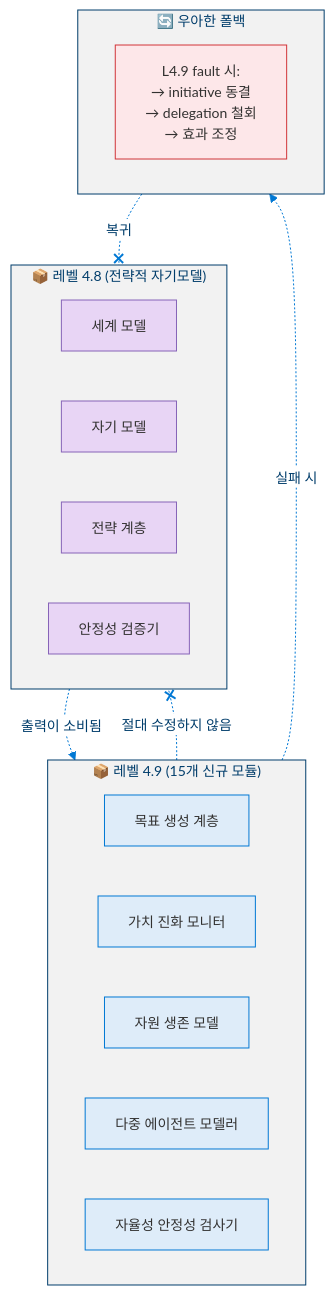
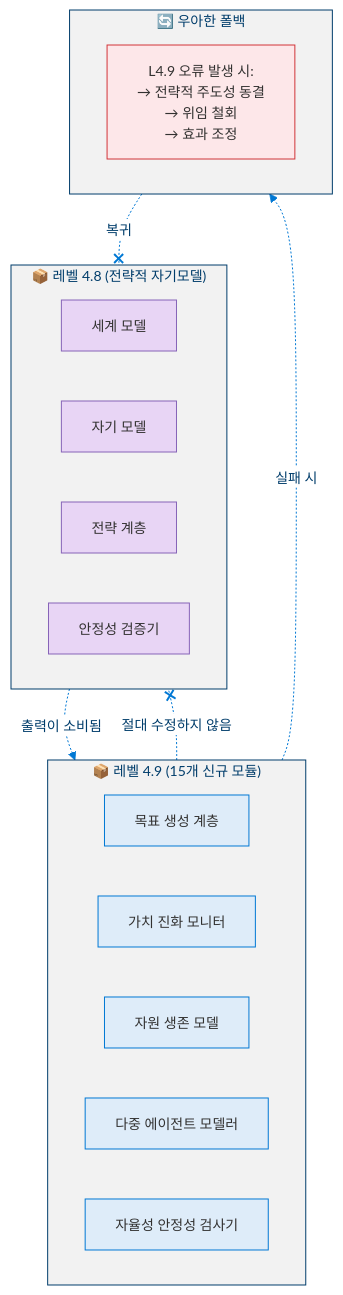
One commit to dotnetpower/mscp changed the second of 19 diagrams in docs/levels/Level_4_9_Autonomous_Strategic_Agent.ko.md. Above: the diagram before and after it, drawn with Mermaid. The commit also changed other lines of this file and 33 other files, not shown here.

````diff
--- a/docs/levels/Level_4_9_Autonomous_Strategic_Agent.ko.md
+++ b/docs/levels/Level_4_9_Autonomous_Strategic_Agent.ko.md
@@ -115,31 +119,31 @@
 ```mermaid
 %%{init: {'theme': 'base', 'themeVariables': {'primaryColor': '#0078D4', 'primaryTextColor': '#003D6B', 'primaryBorderColor': '#003D6B', 'secondaryColor': '#50E6FF', 'secondaryTextColor': '#323130', 'secondaryBorderColor': '#00BCF2', 'tertiaryColor': '#F2F2F2', 'tertiaryTextColor': '#323130', 'lineColor': '#0078D4', 'textColor': '#323130', 'mainBkg': '#DEECF9', 'nodeBorder': '#0078D4', 'clusterBkg': '#F2F2F2', 'clusterBorder': '#003D6B', 'titleColor': '#003D6B', 'edgeLabelBackground': '#FFFFFF', 'fontSize': '14px'}}}%%
 flowchart TD
   classDef l48 fill:#E8D5F5,stroke:#8764B8,color:#323130
   classDef l49 fill:#DEECF9,stroke:#0078D4,color:#323130
   classDef danger fill:#FDE7E9,stroke:#D13438,color:#323130
 
   subgraph L48["📦 레벨 4.8 (전략적 자기모델)"]
     WM["세계 모델"]:::l48
     SM["자기 모델"]:::l48
     SL["전략 계층"]:::l48
     SV["안정성 검증기"]:::l48
   end
 
   subgraph L49["📦 레벨 4.9 (15개 신규 모듈)"]
     GGL["목표 생성 계층"]:::l49
     VEM["가치 진화 모니터"]:::l49
     RSM["자원 생존 모델"]:::l49
     MAM["다중 에이전트 모델러"]:::l49
     ASC["자율성 안정성 검사기"]:::l49
   end
 
   subgraph Fallback["🔄 우아한 폴백"]
-    FB["L4.9 fault 시:<br/>→ initiative 동결<br/>→ delegation 철회<br/>→ 효과 조정"]:::danger
+    FB["L4.9 오류 발생 시:<br/>→ 전략적 주도성 동결<br/>→ 위임 철회<br/>→ 효과 조정"]:::danger
   end
 
   L48 -.->|"출력이 소비됨"| L49
   L49 -.-x|"절대 수정하지 않음"| L48
   L49 -.->|"실패 시"| Fallback
   Fallback -.-x|"복귀"| L48
 ```
````
